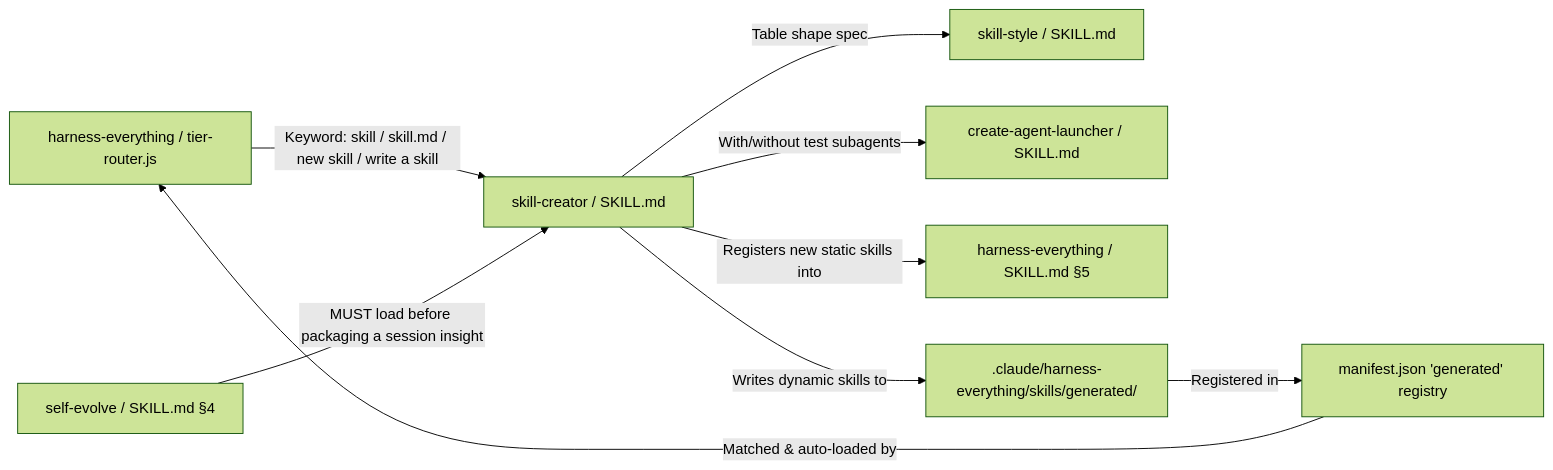
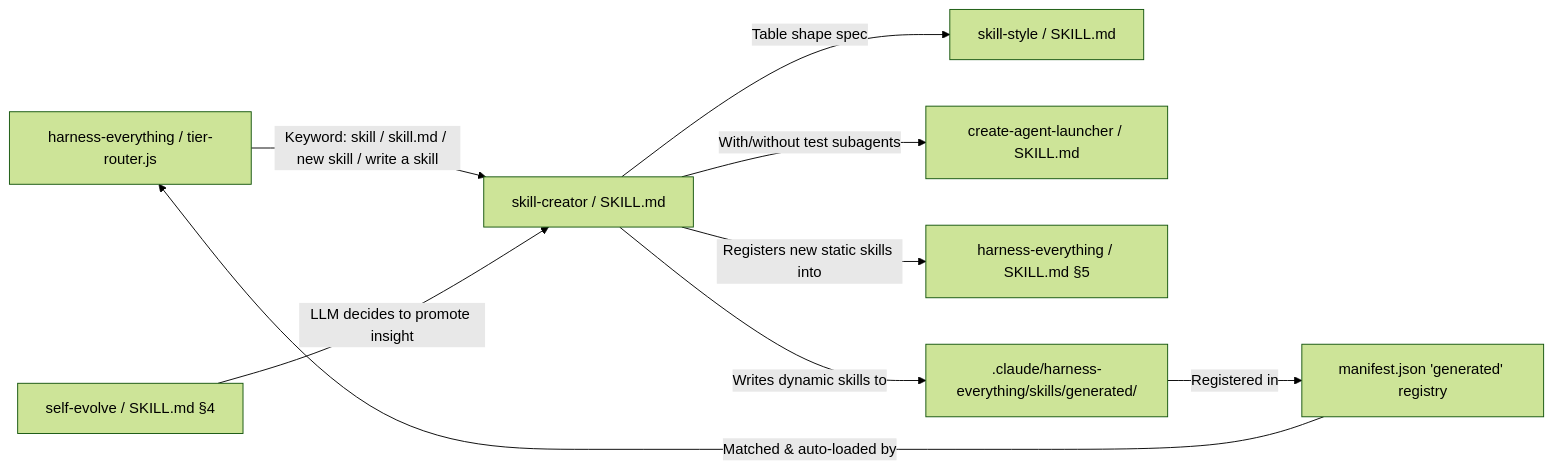
One commit to dyphn1/Harness-everything changed the second of 3 diagrams in docs/workflows/skill-creator.md. Above: the diagram before and after it, drawn with Mermaid (forest theme). The commit also changed other lines of this file and 3 other files, not shown here.

Commit message:
refactor(self-evolve): introduce LLM judgment for skill promotion, update workflows and bump versions to 0.3.0

````diff
--- a/docs/workflows/skill-creator.md
+++ b/docs/workflows/skill-creator.md
@@ -32,11 +32,11 @@
 ```mermaid
 graph LR
   Router["harness-everything / tier-router.js"] -->|Keyword: skill / skill.md / new skill / write a skill| Creator["skill-creator / SKILL.md"]
   Creator -->|Table shape spec| SkillStyle["skill-style / SKILL.md"]
   Creator -->|With/without test subagents| Launcher["create-agent-launcher / SKILL.md"]
   Creator -->|Registers new static skills into| Registry["harness-everything / SKILL.md §5"]
-  Evolve["self-evolve / SKILL.md §4"] -->|MUST load before packaging a session insight| Creator
+  Evolve["self-evolve / SKILL.md §4"] -->|LLM decides to promote insight| Creator
   Creator -->|Writes dynamic skills to| Generated[".claude/harness-everything/skills/generated/"]
   Generated -->|Registered in| Manifest["manifest.json 'generated' registry"]
   Manifest -->|Matched & auto-loaded by| Router
 ```
````
